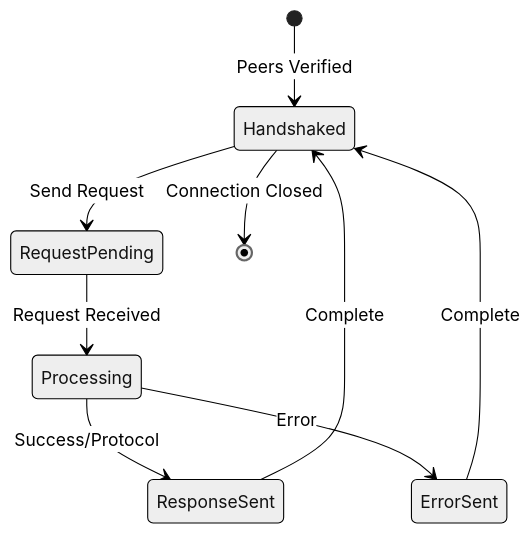
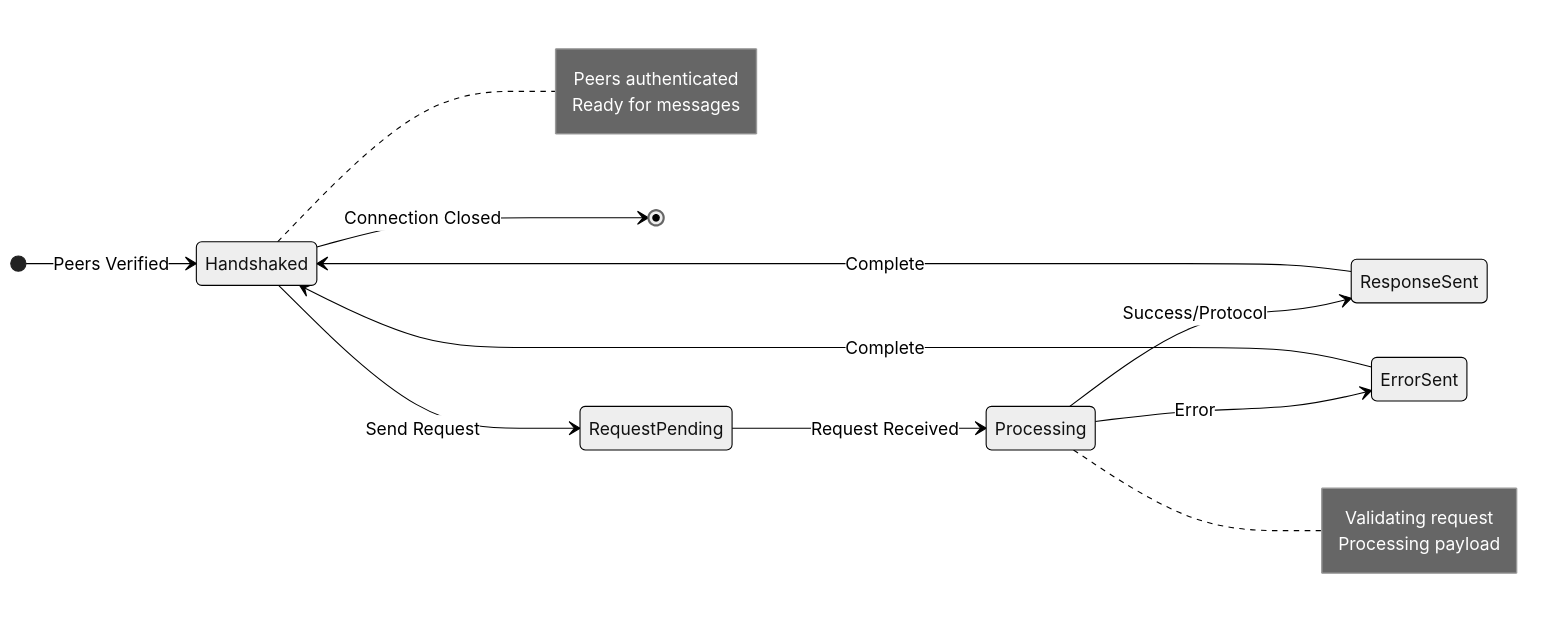
One commit to tangle-network/gadget changed the fourth of 4 diagrams in crates/networking/README.md. Above: the diagram before and after it, drawn with Mermaid (neutral theme). The commit also changed other lines of this file and 4 other files, not shown here.

````diff
--- a/crates/networking/README.md
+++ b/crates/networking/README.md
@@ -89,15 +100,26 @@
 ```mermaid
 stateDiagram-v2
+    direction LR
     [*] --> Handshaked: Peers Verified
 
     Handshaked --> RequestPending: Send Request
     RequestPending --> Processing: Request Received
 
     Processing --> ResponseSent: Success/Protocol
     Processing --> ErrorSent: Error
 
     ResponseSent --> Handshaked: Complete
     ErrorSent --> Handshaked: Complete
 
     Handshaked --> [*]: Connection Closed
+
+    note right of Handshaked
+        Peers authenticated
+        Ready for messages
+    end note
+
+    note right of Processing
+        Validating request
+        Processing payload
+    end note
 ```
````
